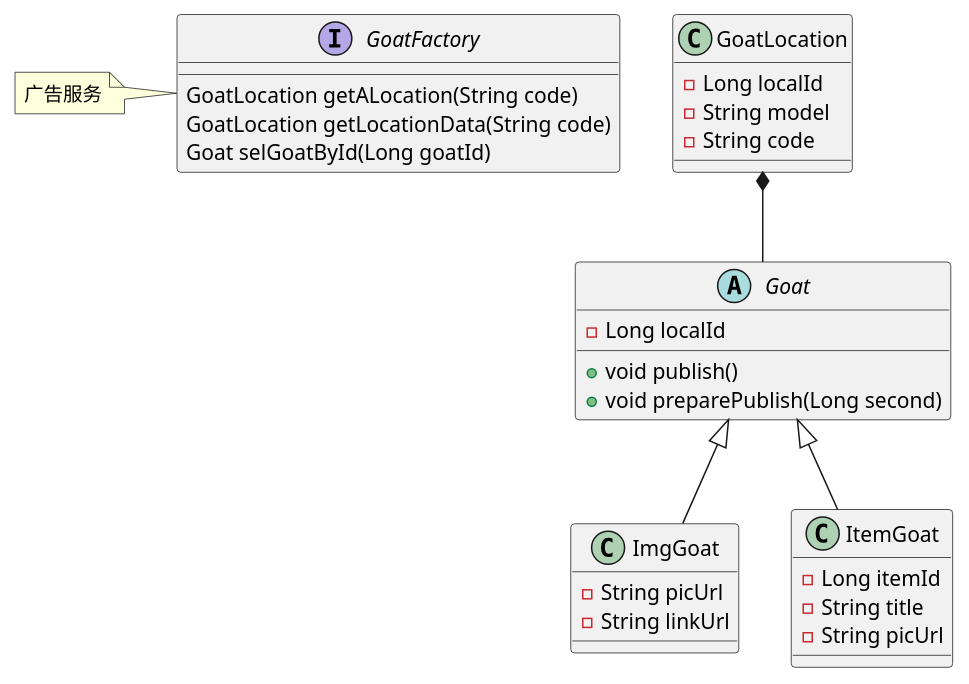
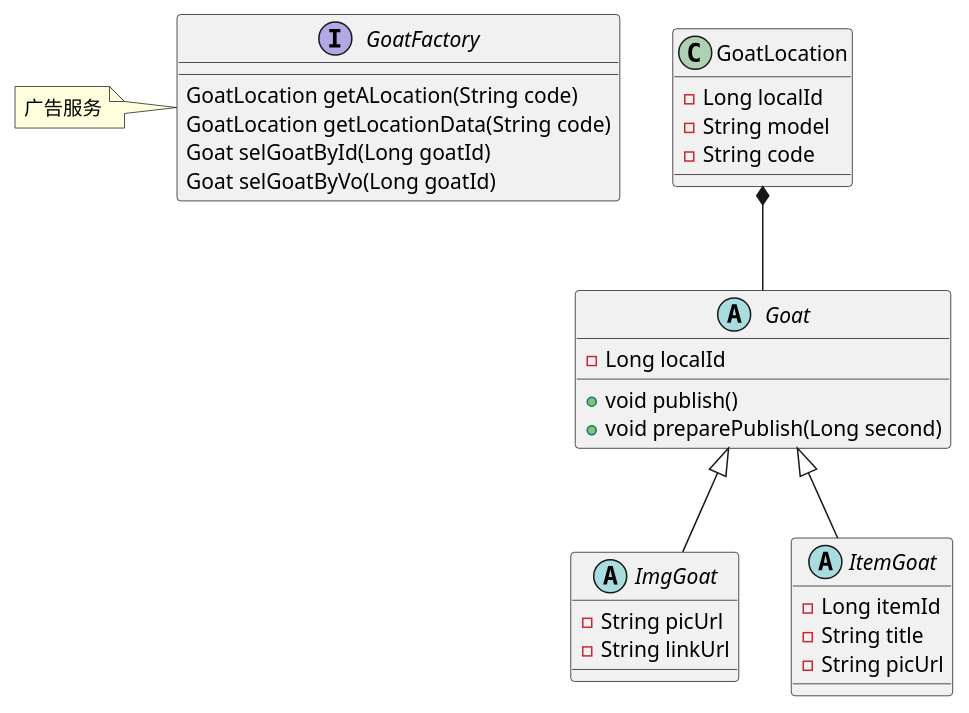
One commit to pogy/main-pom changed the diagram in main4-spread/main4-spread-api/src/main/resources/goat_class.puml. Above: the diagram before and after it, drawn with PlantUML. The commit also changed 1 other file, not shown here.

```diff
--- a/main4-spread/main4-spread-api/src/main/resources/goat_class.puml
+++ b/main4-spread/main4-spread-api/src/main/resources/goat_class.puml
@@ -1,41 +1,42 @@
 @startuml
 
 class GoatLocation{
 -Long localId
 -String model
 -String code
 }
 
 abstract class Goat{
 -Long localId
 
 +void publish()
 +void preparePublish(Long second)
 }
 
-class ImgGoat{
+abstract class ImgGoat{
 -String picUrl
 -String linkUrl
 }
 
-class ItemGoat{
+abstract class ItemGoat{
 -Long itemId
 -String title
 -String picUrl
 }
 
 GoatLocation *-- Goat
 
 Goat <|-- ImgGoat
 
 Goat <|-- ItemGoat
 
 interface GoatFactory{
 GoatLocation getALocation(String code)
 GoatLocation getLocationData(String code)
 Goat selGoatById(Long goatId)
+Goat selGoatByVo(Long goatId)
 }
 
 note left of GoatFactory:广告服务
 
 @enduml
```
